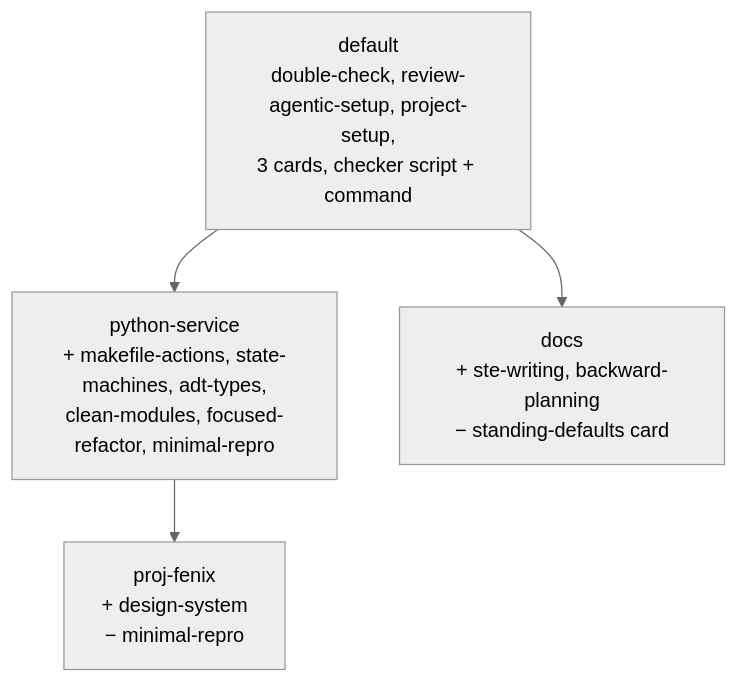
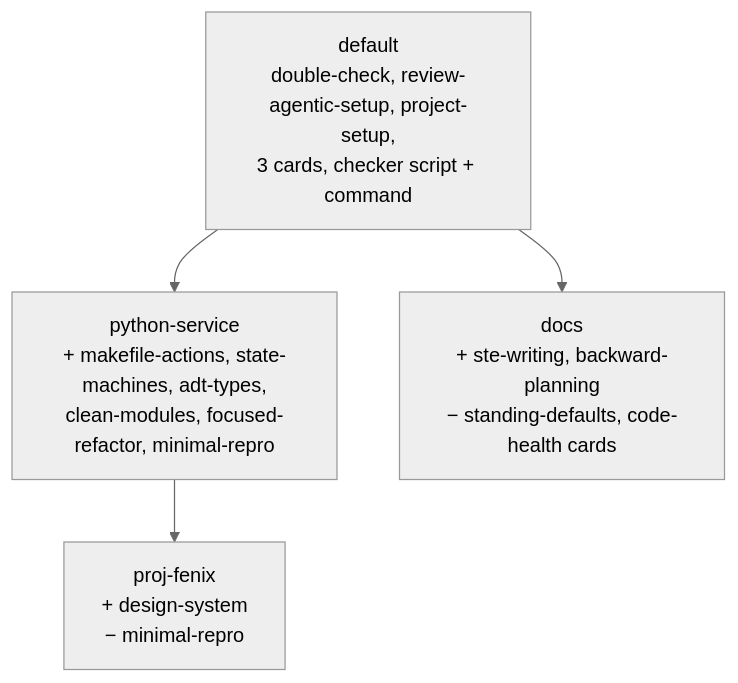
The diagram in README.md (epatel/ast-repo), drawn with Mermaid (neutral theme) before and after one commit. The commit also changed 1 other file, not shown here.

Commit message:
Exclude the code-health card from the docs set
The card recommends declining it for documentation-only repositories.

````diff
--- a/README.md
+++ b/README.md
@@ -26,10 +26,10 @@
 ```mermaid
 flowchart TD
     default["default<br>double-check, review-agentic-setup, project-setup,<br>3 cards, checker script + command"]
     python["python-service<br>+ makefile-actions, state-machines, adt-types,<br>clean-modules, focused-refactor, minimal-repro"]
-    docs["docs<br>+ ste-writing, backward-planning<br>− standing-defaults card"]
+    docs["docs<br>+ ste-writing, backward-planning<br>− standing-defaults, code-health cards"]
     fenix["proj-fenix<br>+ design-system<br>− minimal-repro"]
     default --> python
     default --> docs
     python --> fenix
 ```
````
